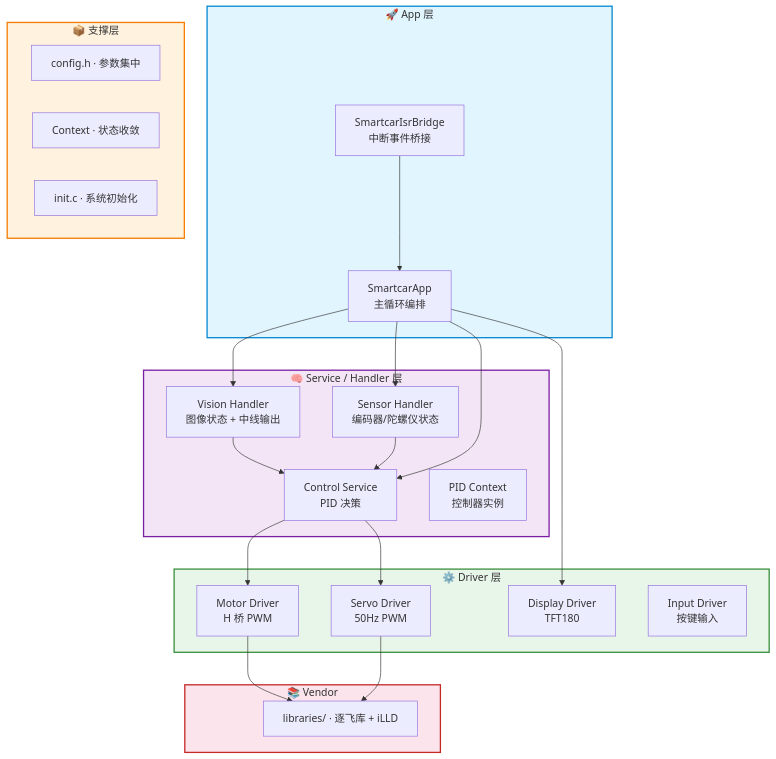
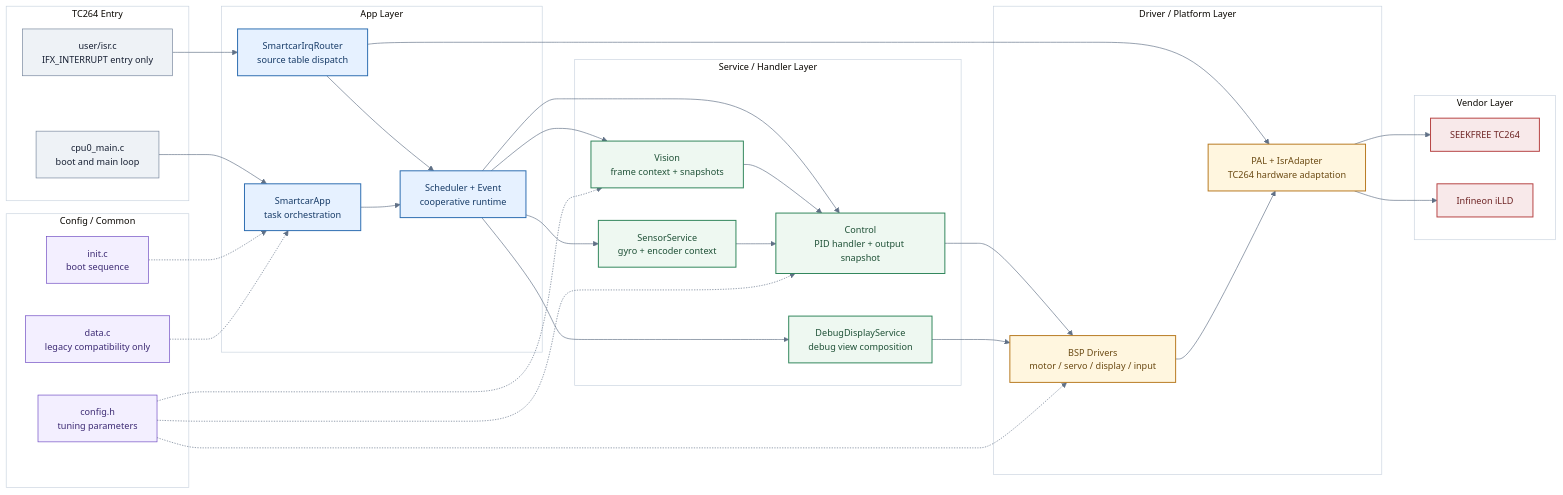
Before and after one commit to ParacosmYy/GS_Smart_car: the first of 3 diagrams in README.md, drawn with Mermaid. The commit also changed other lines of this file, not shown here.

Commit message:
docs(readme): 优化main架构图与状态边界

````diff
--- a/README.md
+++ b/README.md
@@ -42,41 +42,65 @@
 ```mermaid
-graph TD
-    subgraph APP ["🚀 App 层"]
-        A1["SmartcarApp<br/>主循环编排"]
-        A2["SmartcarIsrBridge<br/>中断事件桥接"]
-    end
-    subgraph SVC ["🧠 Service / Handler 层"]
-        V["Vision Handler<br/>图像状态 + 中线输出"]
-        SE["Sensor Handler<br/>编码器/陀螺仪状态"]
-        C["Control Service<br/>PID 决策"]
-        P["PID Context<br/>控制器实例"]
-    end
-    subgraph BSP ["⚙️ Driver 层"]
-        M["Motor Driver<br/>H 桥 PWM"]
-        S["Servo Driver<br/>50Hz PWM"]
-        D["Display Driver<br/>TFT180"]
-        I["Input Driver<br/>按键输入"]
-    end
-    subgraph SUP ["📦 支撑层"]
-        CF["config.h · 参数集中"]
-        DA["Context · 状态收敛"]
-        IN["init.c · 系统初始化"]
-    end
-    subgraph VEN ["📚 Vendor"]
-        L["libraries/ · 逐飞库 + iLLD"]
+%%{init: {"theme":"base","themeVariables":{"fontFamily":"Segoe UI, Arial, sans-serif","fontSize":"14px","primaryTextColor":"#172033","lineColor":"#607086","clusterBkg":"#ffffff","clusterBorder":"#c9d3df"}}}%%
+flowchart LR
+    classDef entry fill:#eef2f6,stroke:#73839a,stroke-width:1px,color:#172033
+    classDef app fill:#e6f1ff,stroke:#2b6cb0,stroke-width:1.5px,color:#173b67
+    classDef service fill:#eef8f1,stroke:#2f855a,stroke-width:1.5px,color:#1f5137
+    classDef driver fill:#fff6df,stroke:#b7791f,stroke-width:1.5px,color:#6b4a13
+    classDef vendor fill:#f8e9ea,stroke:#b64242,stroke-width:1.5px,color:#6d2424
+    classDef support fill:#f3efff,stroke:#6b46c1,stroke-width:1px,color:#3d2b74
+
+    subgraph ENTRY["TC264 Entry"]
+        ISR["user/isr.c<br/>IFX_INTERRUPT entry only"]:::entry
+        CPU0["cpu0_main.c<br/>boot and main loop"]:::entry
     end
 
-    A2 --> A1
-    A1 --> V --> C
-    A1 --> SE --> C
-    A1 --> C
-    C --> M & S
-    A1 --> D
-    M & S --> L
+    subgraph APP["App Layer"]
+        ROUTER["SmartcarIrqRouter<br/>source table dispatch"]:::app
+        APP_MAIN["SmartcarApp<br/>task orchestration"]:::app
+        SCHED["Scheduler + Event<br/>cooperative runtime"]:::app
+    end
 
-    style APP fill:#e1f5fe,stroke:#0288d1,stroke-width:2px
-    style SVC fill:#f3e5f5,stroke:#7b1fa2,stroke-width:2px
-    style BSP fill:#e8f5e9,stroke:#388e3c,stroke-width:2px
-    style SUP fill:#fff3e0,stroke:#f57c00,stroke-width:2px
-    style VEN fill:#fce4ec,stroke:#c62828,stroke-width:2px
+    subgraph SERVICE["Service / Handler Layer"]
+        VISION["Vision<br/>frame context + snapshots"]:::service
+        SENSOR["SensorService<br/>gyro + encoder context"]:::service
+        CONTROL["Control<br/>PID handler + output snapshot"]:::service
+        DEBUG["DebugDisplayService<br/>debug view composition"]:::service
+    end
+
+    subgraph DRIVER["Driver / Platform Layer"]
+        BSP["BSP Drivers<br/>motor / servo / display / input"]:::driver
+        PAL["PAL + IsrAdapter<br/>TC264 hardware adaptation"]:::driver
+    end
+
+    subgraph VENDOR["Vendor Layer"]
+        SEEKFREE["SEEKFREE TC264"]:::vendor
+        ILLD["Infineon iLLD"]:::vendor
+    end
+
+    subgraph SUPPORT["Config / Common"]
+        CONFIG["config.h<br/>tuning parameters"]:::support
+        INIT["init.c<br/>boot sequence"]:::support
+        LEGACY["data.c<br/>legacy compatibility only"]:::support
+    end
+
+    CPU0 --> APP_MAIN
+    ISR --> ROUTER --> PAL
+    ROUTER --> SCHED
+    APP_MAIN --> SCHED
+    SCHED --> VISION
+    SCHED --> SENSOR
+    SCHED --> CONTROL
+    SCHED --> DEBUG
+    VISION --> CONTROL
+    SENSOR --> CONTROL
+    CONTROL --> BSP
+    DEBUG --> BSP
+    BSP --> PAL --> SEEKFREE
+    PAL --> ILLD
+
+    CONFIG -.-> VISION
+    CONFIG -.-> CONTROL
+    CONFIG -.-> BSP
+    INIT -.-> APP_MAIN
+    LEGACY -.-> APP_MAIN
 ```
````
